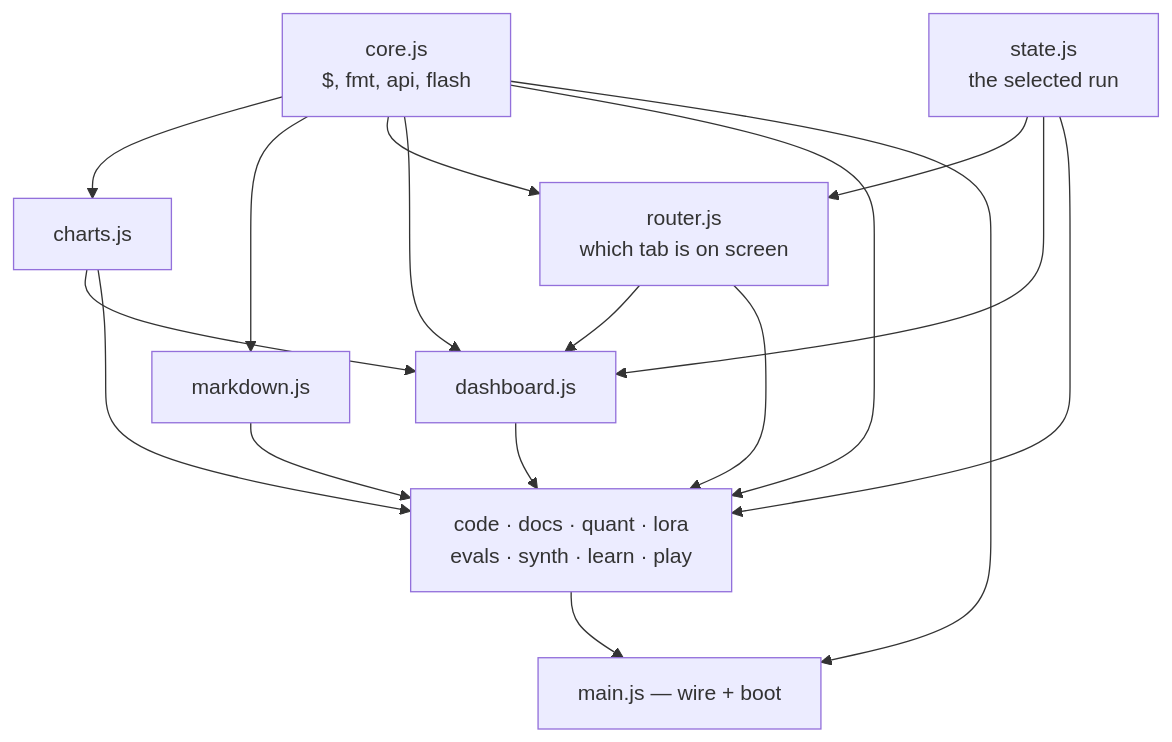
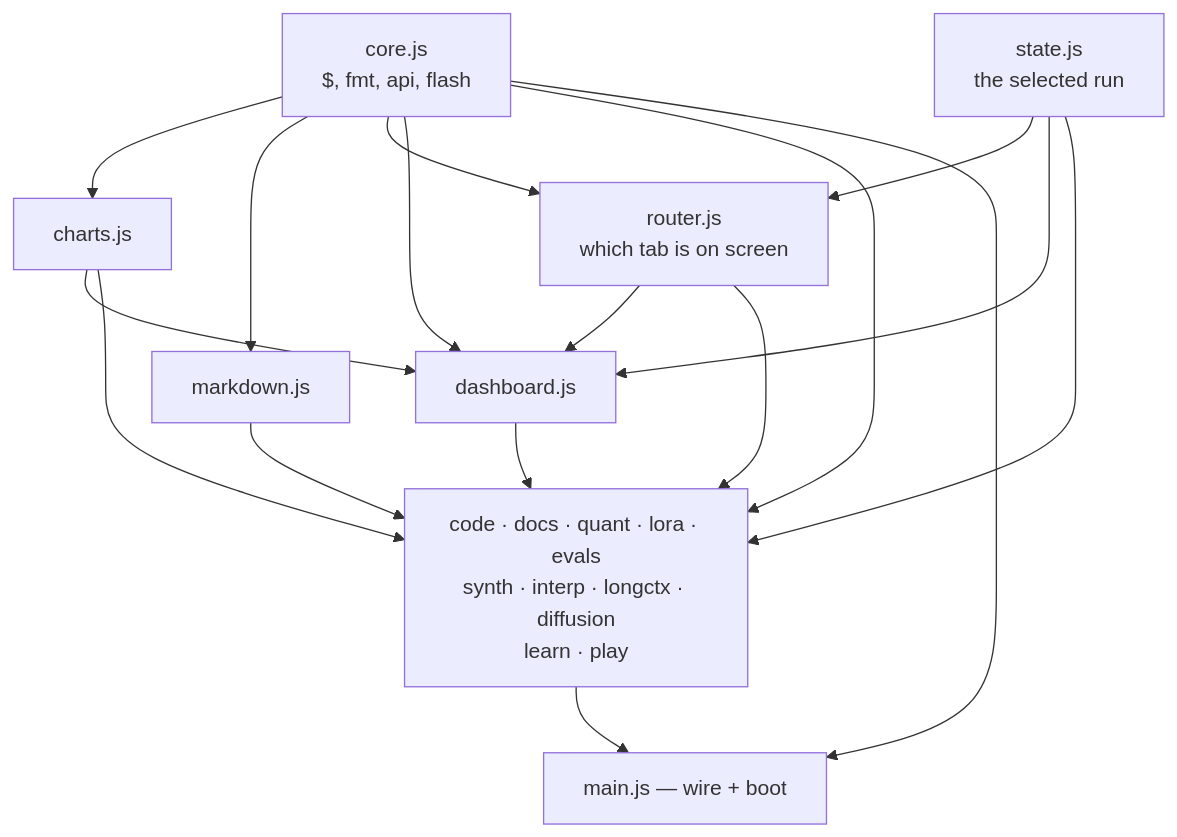
One commit to kunwarmahen/aksharallm changed the sixth of 7 diagrams in docs/09-running-and-watching.md. Above: the diagram before and after it, drawn with Mermaid. The commit also changed 32 other files, not shown here.

````diff
--- a/docs/09-running-and-watching.md
+++ b/docs/09-running-and-watching.md
@@ -321,19 +321,19 @@
 ```mermaid
 flowchart TD
     core["core.js<br/>$, fmt, api, flash"]
     state["state.js<br/>the selected run"]
     router["router.js<br/>which tab is on screen"]
     charts["charts.js"]
     md["markdown.js"]
     dash["dashboard.js"]
-    tabs["code · docs · quant · lora<br/>evals · synth · learn · play"]
+    tabs["code · docs · quant · lora · evals<br/>synth · interp · longctx · diffusion<br/>learn · play"]
     main["main.js — wire + boot"]
 
     core --> charts & md & router & dash & tabs & main
     state --> router & dash & tabs
     router --> dash & tabs
     charts --> dash & tabs
     md --> tabs
     dash --> tabs
     tabs --> main
 ```
````
